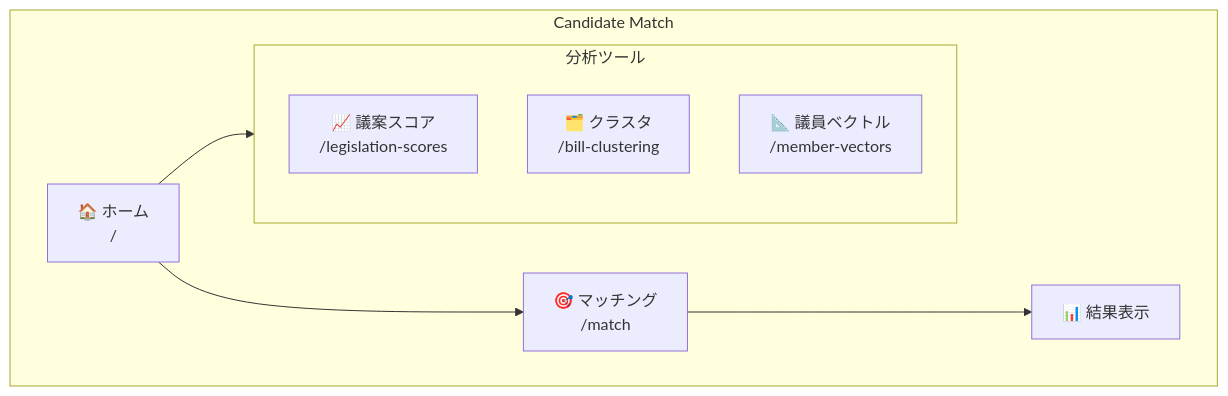
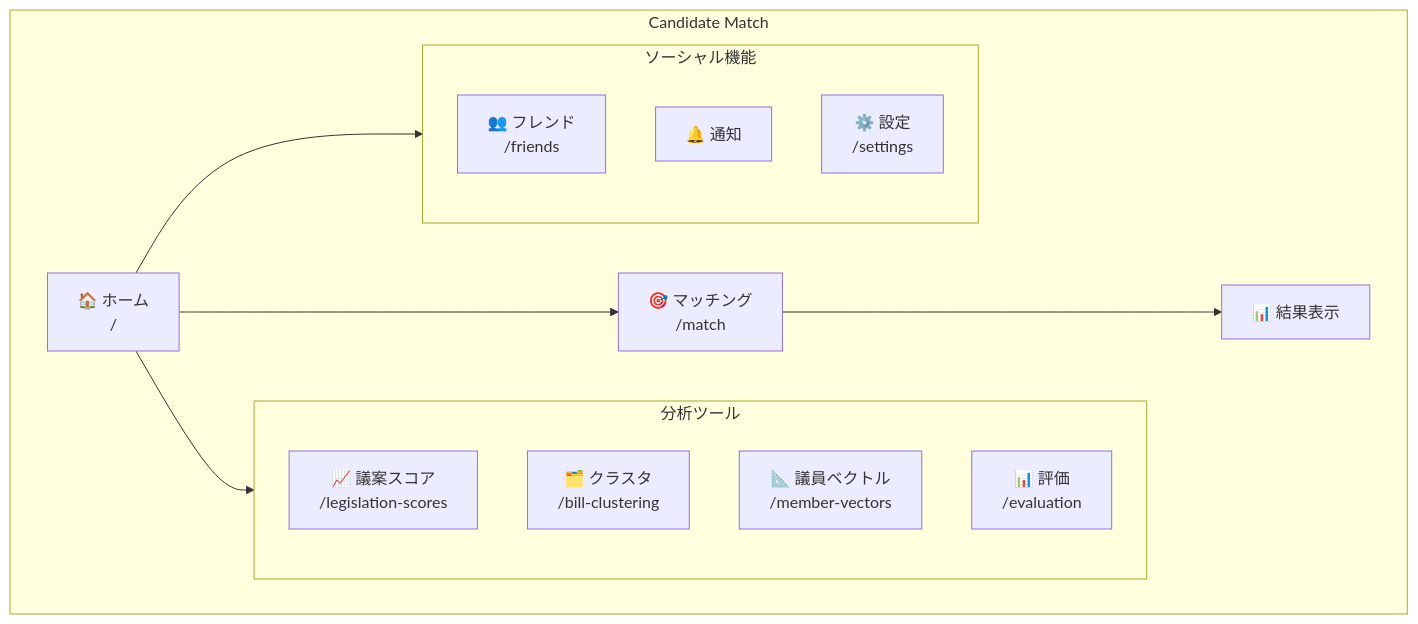
Before and after one commit to Furuta-Mototada/candidate-match: the first of 4 diagrams in docs/USER_GUIDE.md, drawn with Mermaid. The commit also changed other lines of this file and 10 other files, not shown here.

````diff
--- a/docs/USER_GUIDE.md
+++ b/docs/USER_GUIDE.md
@@ -9,14 +9,22 @@
 ```mermaid
 flowchart TB
     subgraph main["Candidate Match"]
         Home["🏠 ホーム<br/>/"] --> Match["🎯 マッチング<br/>/match"]
         Match --> Result["📊 結果表示"]
         
         Home --> Tools
         subgraph Tools["分析ツール"]
             Scores["📈 議案スコア<br/>/legislation-scores"]
             Cluster["🗂️ クラスタ<br/>/bill-clustering"]
             Vectors["📐 議員ベクトル<br/>/member-vectors"]
+            Eval["📊 評価<br/>/evaluation"]
+        end
+        
+        Home --> Social
+        subgraph Social["ソーシャル機能"]
+            Friends["👥 フレンド<br/>/friends"]
+            Notifications["🔔 通知"]
+            Settings["⚙️ 設定<br/>/settings"]
         end
     end
 ```
````
